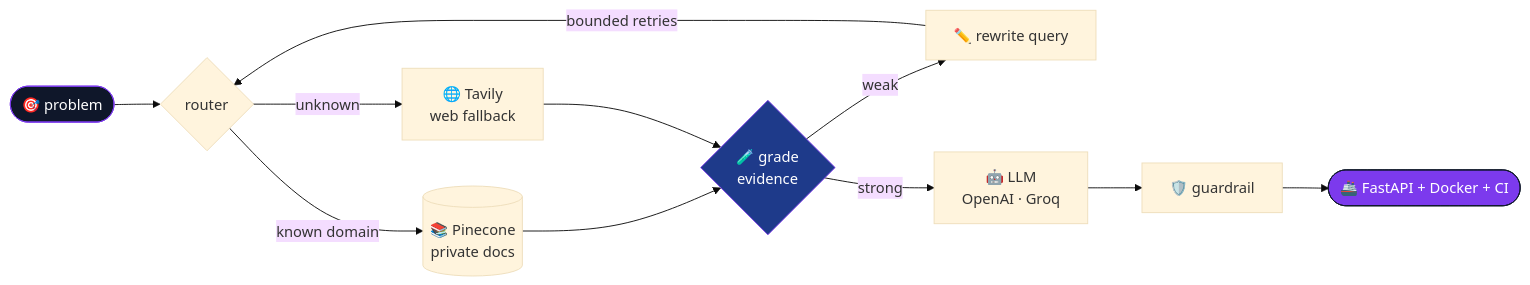
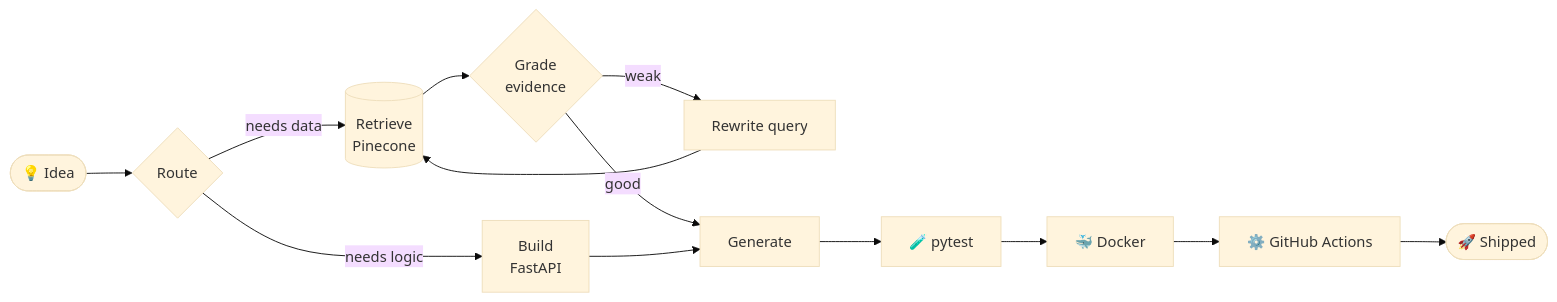
Before and after one commit to parthchaitanya/parthchaitanya: the diagram in README.md, drawn with Mermaid (base theme). The commit also changed other lines of this file, not shown here.

````diff
--- a/README.md
+++ b/README.md
@@ -21,17 +29,15 @@
 ```mermaid
 flowchart LR
-    Q([🎯 problem]) --> R{router}
-    R -->|known domain| P[(📚 Pinecone<br/>private docs)]
-    R -->|unknown| W[🌐 Tavily<br/>web fallback]
-    P --> G{🧪 grade<br/>evidence}
-    W --> G
-    G -->|weak| RW[✏️ rewrite query]
-    RW -->|bounded retries| R
-    G -->|strong| L[🤖 LLM<br/>OpenAI · Groq]
-    L --> GR[🛡️ guardrail]
-    GR --> S([🚢 FastAPI + Docker + CI])
-
-    style Q fill:#0f172a,stroke:#7c3aed,color:#fff
-    style S fill:#7c3aed,stroke:#0f172a,color:#fff
-    style G fill:#1e3a8a,stroke:#7c3aed,color:#fff
+    A([💡 Idea]) --> B{Route}
+    B -->|needs data| C[(Retrieve<br/>Pinecone)]
+    B -->|needs logic| D[Build<br/>FastAPI]
+    C --> E{Grade<br/>evidence}
+    E -->|weak| F[Rewrite query]
+    F --> C
+    E -->|good| G[Generate]
+    D --> G
+    G --> H[🧪 pytest]
+    H --> I[🐳 Docker]
+    I --> J[⚙️ GitHub Actions]
+    J --> K([🚀 Shipped])
 ```
````
